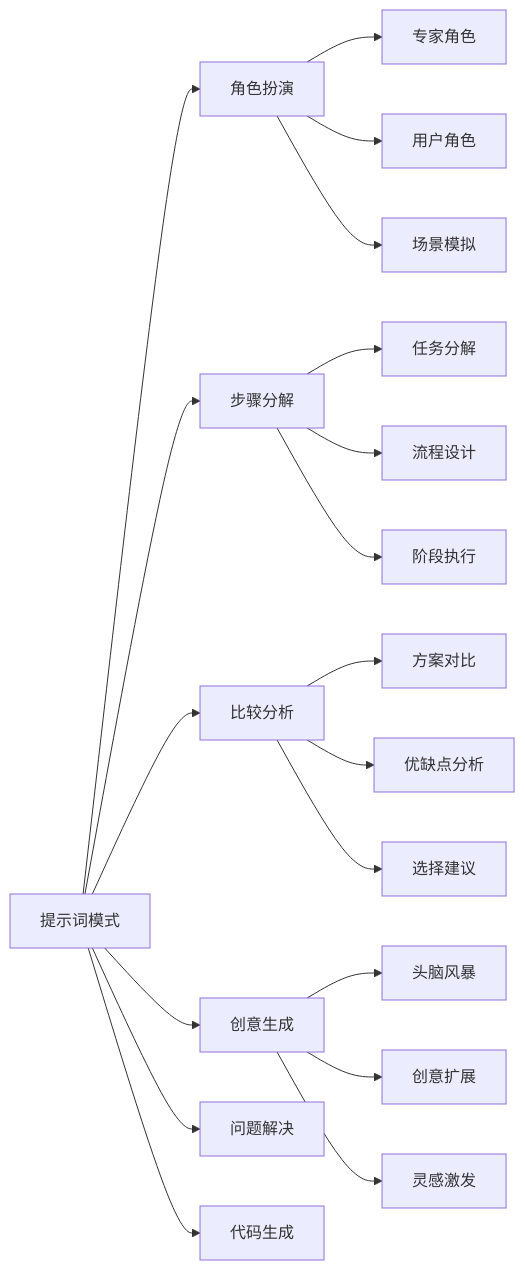
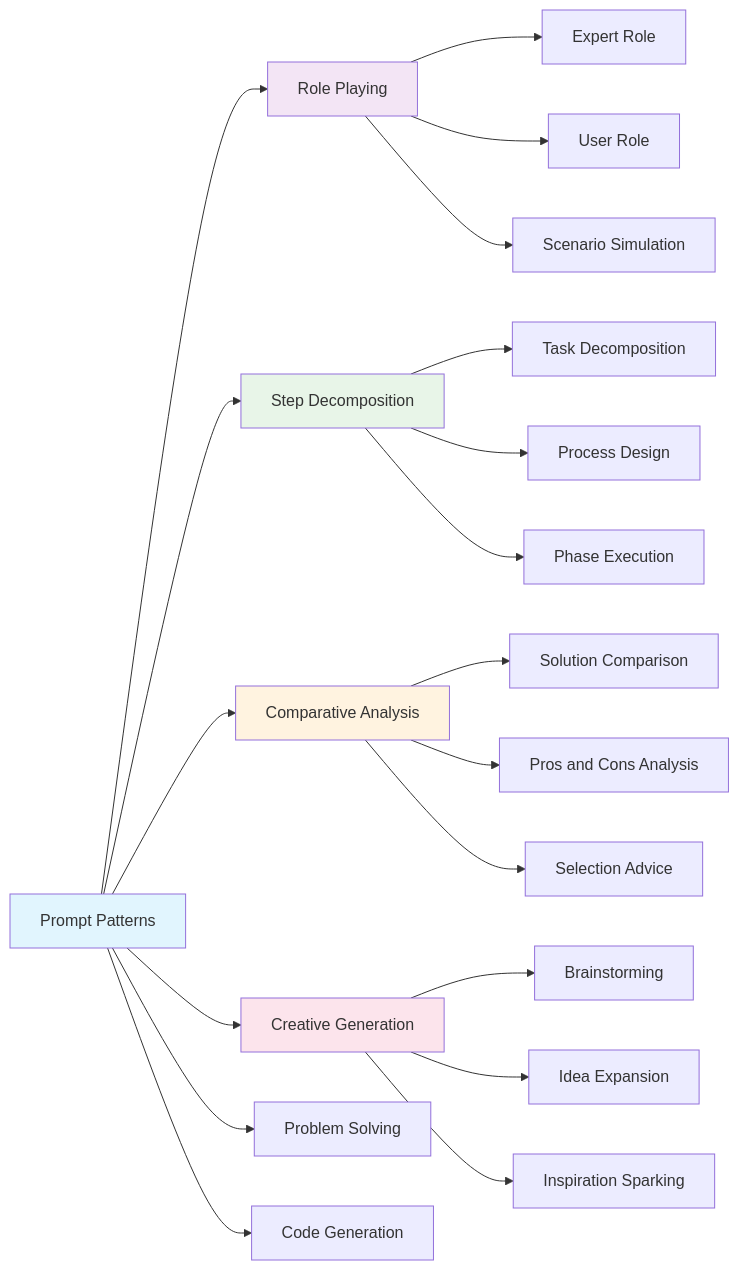
One commit to ChanMeng666/ai-programming-teaching-project changed the sixth of 7 diagrams in versioned_docs/version-2024-winter/basics/prompt-engineering.mdx. Above: the diagram before and after it, drawn with Mermaid. The commit also changed other lines of this file and 472 other files, not shown here.

````diff
--- a/versioned_docs/version-2024-winter/basics/prompt-engineering.mdx
+++ b/versioned_docs/version-2024-winter/basics/prompt-engineering.mdx
@@ -256,25 +283,31 @@
 ```mermaid
 graph LR
-    A[提示词模式] --> B[角色扮演]
-    A --> C[步骤分解]
-    A --> D[比较分析]
-    A --> E[创意生成]
-    A --> F[问题解决]
-    A --> G[代码生成]
-    
-    B --> B1[专家角色]
-    B --> B2[用户角色]
-    B --> B3[场景模拟]
-    
-    C --> C1[任务分解]
-    C --> C2[流程设计]
-    C --> C3[阶段执行]
-    
-    D --> D1[方案对比]
-    D --> D2[优缺点分析]
-    D --> D3[选择建议]
-    
-    E --> E1[头脑风暴]
-    E --> E2[创意扩展]
-    E --> E3[灵感激发]
+    A[Prompt Patterns] --> B[Role Playing]
+    A --> C[Step Decomposition]
+    A --> D[Comparative Analysis]
+    A --> E[Creative Generation]
+    A --> F[Problem Solving]
+    A --> G[Code Generation]
+
+    B --> B1[Expert Role]
+    B --> B2[User Role]
+    B --> B3[Scenario Simulation]
+
+    C --> C1[Task Decomposition]
+    C --> C2[Process Design]
+    C --> C3[Phase Execution]
+
+    D --> D1[Solution Comparison]
+    D --> D2[Pros and Cons Analysis]
+    D --> D3[Selection Advice]
+
+    E --> E1[Brainstorming]
+    E --> E2[Idea Expansion]
+    E --> E3[Inspiration Sparking]
+
+    style A fill:#e1f5fe
+    style B fill:#f3e5f5
+    style C fill:#e8f5e8
+    style D fill:#fff3e0
+    style E fill:#fce4ec
 ```
````
